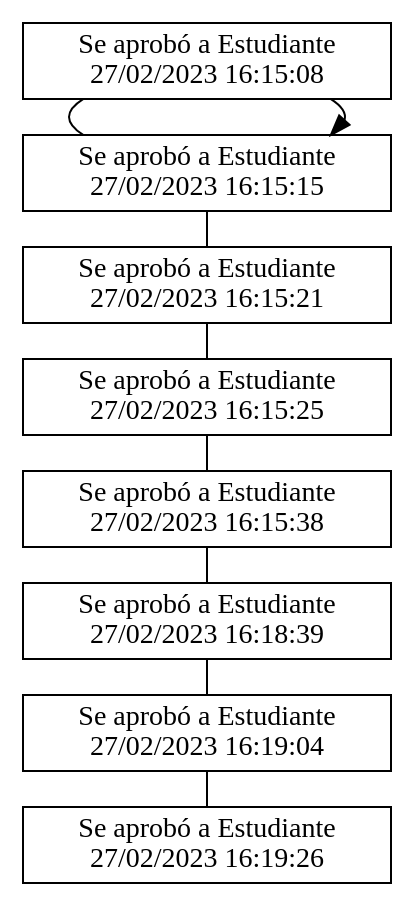
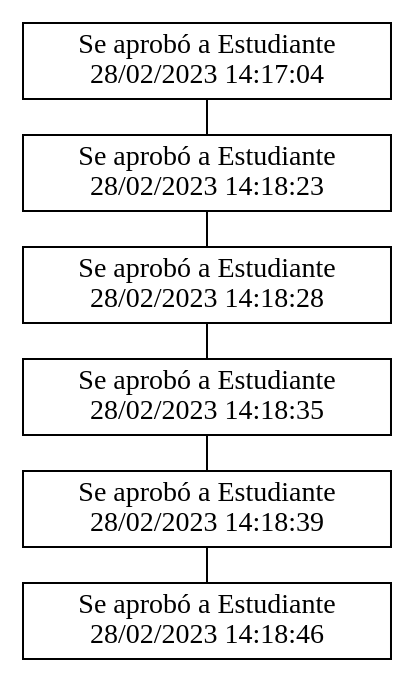
The diagram in EDD_Proyecto1_Fase1/Aprobación de estudiantes/admin.dot (Barahona1602/Sistema-de-Archivos), drawn with Graphviz before and after one commit. The commit also changed 114 other files, not shown here.

```diff
--- a/EDD_Proyecto1_Fase1/Aprobación de estudiantes/admin.dot
+++ b/EDD_Proyecto1_Fase1/Aprobación de estudiantes/admin.dot
@@ -1,23 +1,19 @@
 digraph {
 rankdir=LR;
 node [shape=box]
 {rank=same "Se aprobó a Estudiante
-27/02/2023 16:15:08" -> "Se aprobó a Estudiante
-27/02/2023 16:15:15""Se aprobó a Estudiante
-27/02/2023 16:15:21""Se aprobó a Estudiante
-27/02/2023 16:15:25""Se aprobó a Estudiante
-27/02/2023 16:15:38""Se aprobó a Estudiante
-27/02/2023 16:18:39""Se aprobó a Estudiante
-27/02/2023 16:19:04""Se aprobó a Estudiante
-27/02/2023 16:19:26"}
+28/02/2023 14:17:04""Se aprobó a Estudiante
+28/02/2023 14:18:23""Se aprobó a Estudiante
+28/02/2023 14:18:28""Se aprobó a Estudiante
+28/02/2023 14:18:35""Se aprobó a Estudiante
+28/02/2023 14:18:39""Se aprobó a Estudiante
+28/02/2023 14:18:46"}
 edge [dir=none]
 {rank=same "Se aprobó a Estudiante
-27/02/2023 16:15:08" -> "Se aprobó a Estudiante
-27/02/2023 16:15:15" -> "Se aprobó a Estudiante
-27/02/2023 16:15:21" -> "Se aprobó a Estudiante
-27/02/2023 16:15:25" -> "Se aprobó a Estudiante
-27/02/2023 16:15:38" -> "Se aprobó a Estudiante
-27/02/2023 16:18:39" -> "Se aprobó a Estudiante
-27/02/2023 16:19:04" -> "Se aprobó a Estudiante
-27/02/2023 16:19:26"}
+28/02/2023 14:17:04" -> "Se aprobó a Estudiante
+28/02/2023 14:18:23" -> "Se aprobó a Estudiante
+28/02/2023 14:18:28" -> "Se aprobó a Estudiante
+28/02/2023 14:18:35" -> "Se aprobó a Estudiante
+28/02/2023 14:18:39" -> "Se aprobó a Estudiante
+28/02/2023 14:18:46"}
 }
```
